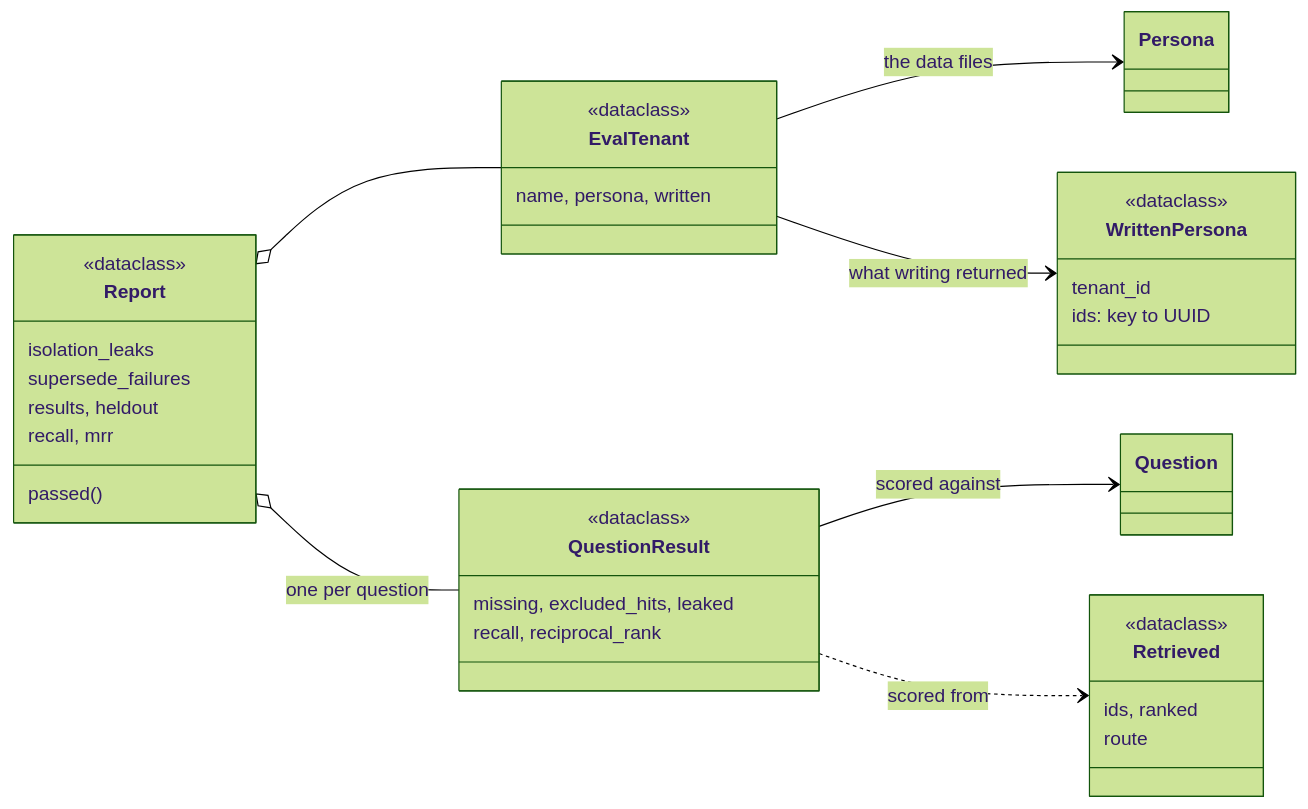
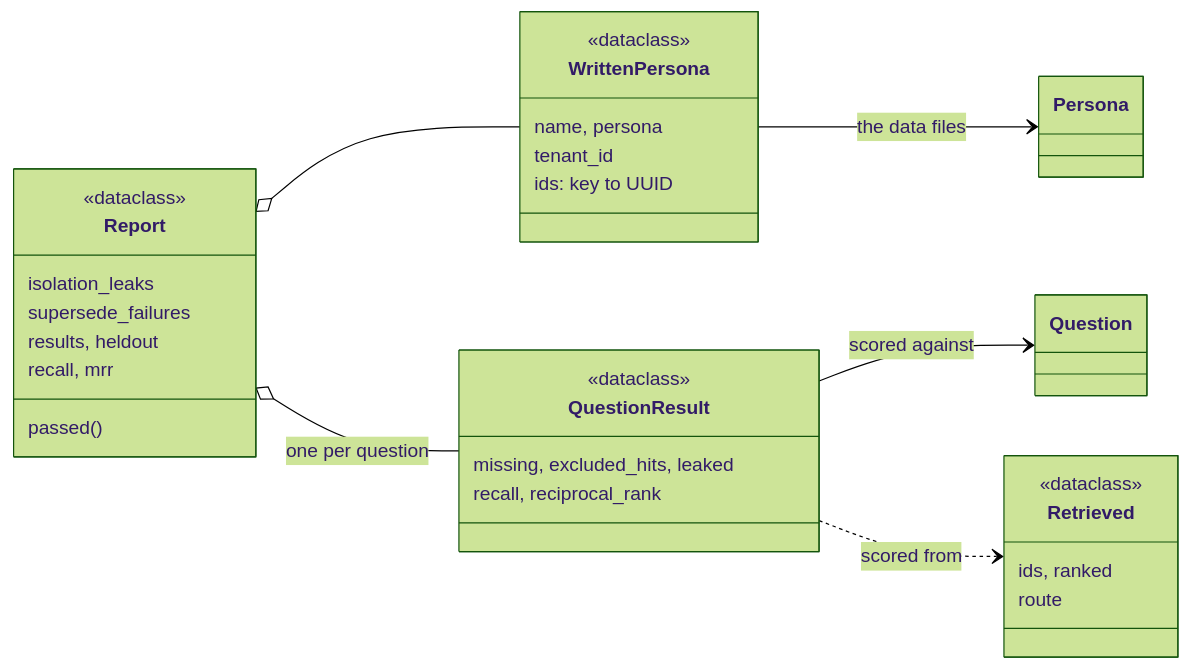
Before and after one commit to ZiadHendawy/mutable: the eighth of 10 diagrams in README.md, drawn with Mermaid (forest theme). The commit also changed other lines of this file and 8 other files, not shown here.

````diff
--- a/README.md
+++ b/README.md
@@ -364,39 +364,35 @@
 ```mermaid
 classDiagram
     direction LR
 
     class WrittenPersona {
         <<dataclass>>
+        name, persona
         tenant_id
         ids: key to UUID
-    }
-    class EvalTenant {
-        <<dataclass>>
-        name, persona, written
     }
     class Retrieved {
         <<dataclass>>
         ids, ranked
         route
     }
     class QuestionResult {
         <<dataclass>>
         missing, excluded_hits, leaked
         recall, reciprocal_rank
     }
     class Report {
         <<dataclass>>
         isolation_leaks
         supersede_failures
         results, heldout
         recall, mrr
         passed()
     }
 
-    EvalTenant --> Persona : the data files
-    EvalTenant --> WrittenPersona : what writing returned
-    Report o-- EvalTenant
+    WrittenPersona --> Persona : the data files
+    Report o-- WrittenPersona
     Report o-- QuestionResult : one per question
     QuestionResult --> Question : scored against
     QuestionResult ..> Retrieved : scored from
 ```
````
